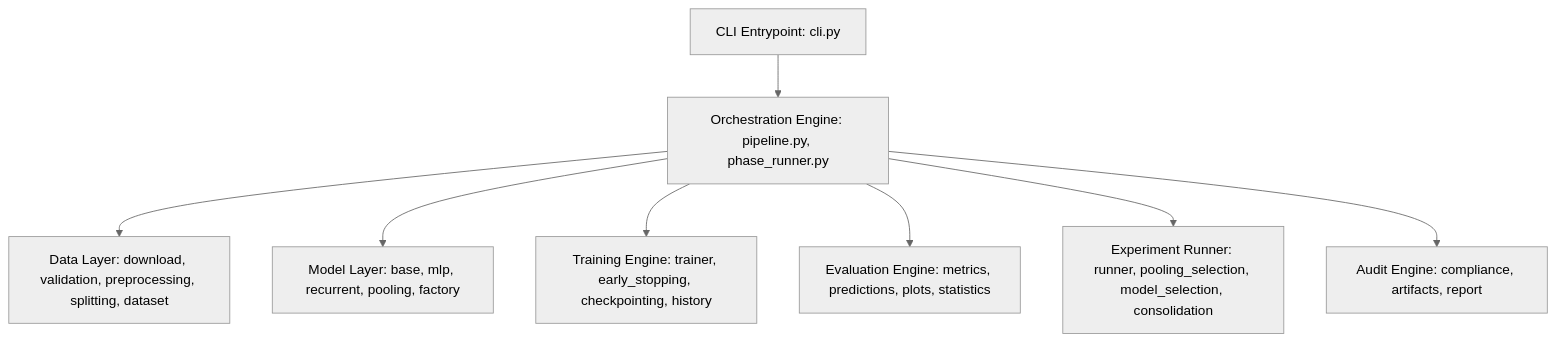
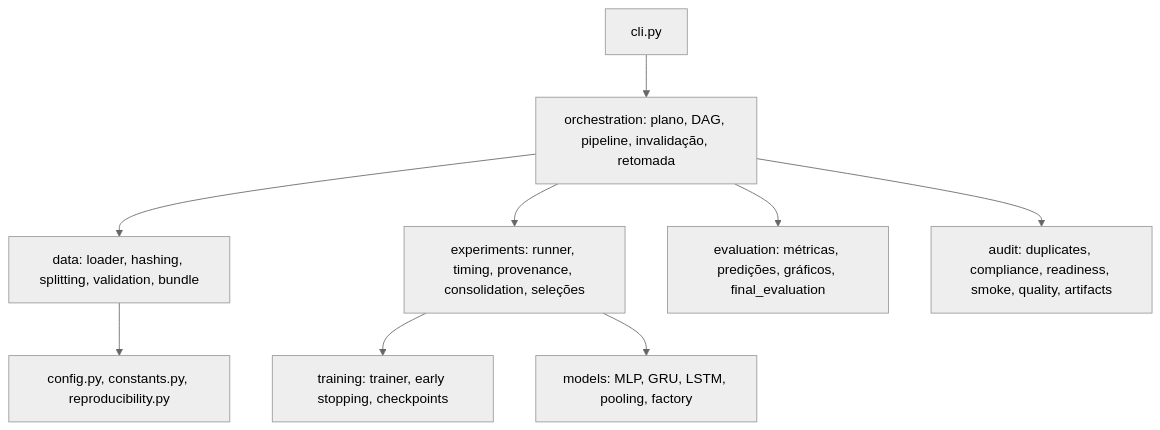
The diagram in docs/ARCHITECTURE.md (joaopaulo164/projeto4_rnn), drawn with Mermaid (neutral theme) before and after one commit. The commit also changed other lines of this file and 124 other files, not shown here.

Commit message:
fix: split train/validation by series hash and enforce timing provenance

````diff
--- a/docs/ARCHITECTURE.md
+++ b/docs/ARCHITECTURE.md
@@ -7,10 +7,11 @@
 ```mermaid
-graph TD
-    CLI[CLI Entrypoint: cli.py] --> ORCH[Orchestration Engine: pipeline.py, phase_runner.py]
-    ORCH --> DATA[Data Layer: download, validation, preprocessing, splitting, dataset]
-    ORCH --> MODELS[Model Layer: base, mlp, recurrent, pooling, factory]
-    ORCH --> TRAIN[Training Engine: trainer, early_stopping, checkpointing, history]
-    ORCH --> EVAL[Evaluation Engine: metrics, predictions, plots, statistics]
-    ORCH --> EXP[Experiment Runner: runner, pooling_selection, model_selection, consolidation]
-    ORCH --> AUDIT[Audit Engine: compliance, artifacts, report]
+flowchart TD
+    CLI[cli.py] --> ORCH[orchestration: plano, DAG, pipeline, invalidação, retomada]
+    ORCH --> DATA[data: loader, hashing, splitting, validation, bundle]
+    ORCH --> EXP[experiments: runner, timing, provenance, consolidation, seleções]
+    ORCH --> EVAL[evaluation: métricas, predições, gráficos, final_evaluation]
+    ORCH --> AUD[audit: duplicates, compliance, readiness, smoke, quality, artifacts]
+    EXP --> TRAIN[training: trainer, early stopping, checkpoints]
+    EXP --> MODELS[models: MLP, GRU, LSTM, pooling, factory]
+    DATA --> CFG[config.py, constants.py, reproducibility.py]
 ```
````
